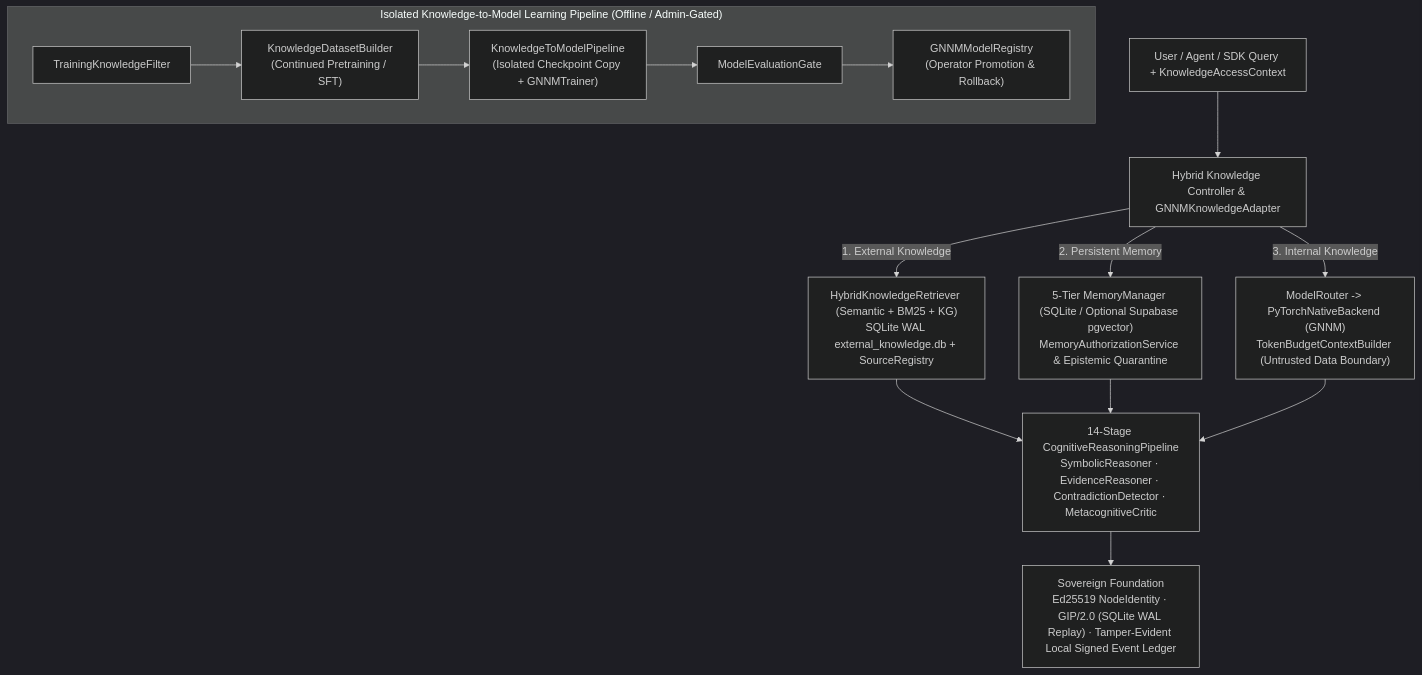
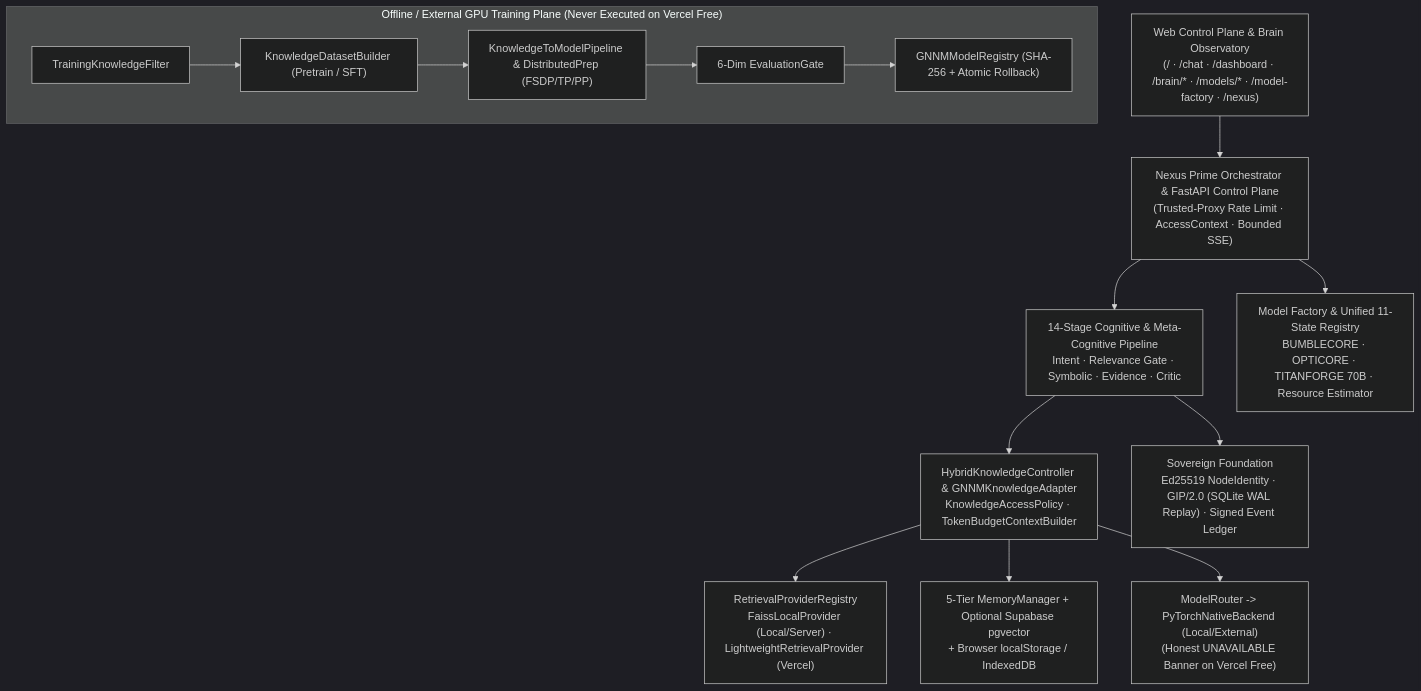
One commit to hoed/gajahmada-ai changed the first of 5 diagrams in README.md. Above: the diagram before and after it, drawn with Mermaid (dark theme). The commit also changed other lines of this file and 20 other files, not shown here.

Commit message:
update architecture and evolution

````diff
--- a/README.md
+++ b/README.md
@@ -75,18 +78,21 @@
 ```mermaid
 flowchart TD
-    Q["User / Agent / SDK Query + KnowledgeAccessContext"] --> HKC["Hybrid Knowledge Controller & GNNMKnowledgeAdapter"]
+    UI["Web Control Plane & Brain Observatory<br/>(/ · /chat · /dashboard · /brain/* · /models/* · /model-factory · /nexus)"]
+    UI --> NX["Nexus Prime Orchestrator & FastAPI Control Plane<br/>(Trusted-Proxy Rate Limit · AccessContext · Bounded SSE)"]
 
-    HKC -->|"1. External Knowledge"| EXT["HybridKnowledgeRetriever (Semantic + BM25 + KG)<br/>SQLite WAL external_knowledge.db + SourceRegistry"]
-    HKC -->|"2. Persistent Memory"| MEM["5-Tier MemoryManager (SQLite / Optional Supabase pgvector)<br/>MemoryAuthorizationService & Epistemic Quarantine"]
-    HKC -->|"3. Internal Knowledge"| INT["ModelRouter -> PyTorchNativeBackend (GNNM)<br/>TokenBudgetContextBuilder (Untrusted Data Boundary)"]
+    NX --> COG["14-Stage Cognitive & Meta-Cognitive Pipeline<br/>Intent · Relevance Gate · Symbolic · Evidence · Critic"]
+    NX --> MF["Model Factory & Unified 11-State Registry<br/>BUMBLECORE · OPTICORE · TITANFORGE 70B · Resource Estimator"]
 
-    EXT & MEM & INT --> COG["14-Stage CognitiveReasoningPipeline<br/>SymbolicReasoner · EvidenceReasoner · ContradictionDetector · MetacognitiveCritic"]
+    COG --> HKC["HybridKnowledgeController & GNNMKnowledgeAdapter<br/>KnowledgeAccessPolicy · TokenBudgetContextBuilder"]
+    HKC --> PROV["RetrievalProviderRegistry<br/>FaissLocalProvider (Local/Server) · LightweightRetrievalProvider (Vercel)"]
+    HKC --> MEM["5-Tier MemoryManager + Optional Supabase pgvector<br/>+ Browser localStorage / IndexedDB"]
+    HKC --> MR["ModelRouter -> PyTorchNativeBackend (Local/External)<br/>(Honest UNAVAILABLE Banner on Vercel Free)"]
 
-    subgraph ISOLATED["Isolated Knowledge-to-Model Learning Pipeline (Offline / Admin-Gated)"]
-        FILT["TrainingKnowledgeFilter"] --> DSB["KnowledgeDatasetBuilder<br/>(Continued Pretraining / SFT)"]
-        DSB --> TRN["KnowledgeToModelPipeline<br/>(Isolated Checkpoint Copy + GNNMTrainer)"]
-        TRN --> GATE["ModelEvaluationGate"] --> REG["GNNMModelRegistry<br/>(Operator Promotion & Rollback)"]
+    subgraph ISOLATED["Offline / External GPU Training Plane (Never Executed on Vercel Free)"]
+        FILT["TrainingKnowledgeFilter"] --> DSB["KnowledgeDatasetBuilder (Pretrain / SFT)"]
+        DSB --> TRN["KnowledgeToModelPipeline & DistributedPrep (FSDP/TP/PP)"]
+        TRN --> GATE["6-Dim EvaluationGate"] --> REG["GNNMModelRegistry (SHA-256 + Atomic Rollback)"]
     end
 
-    COG --> SEC["Sovereign Foundation<br/>Ed25519 NodeIdentity · GIP/2.0 (SQLite WAL Replay) · Tamper-Evident Local Signed Event Ledger"]
+    COG --> SEC["Sovereign Foundation<br/>Ed25519 NodeIdentity · GIP/2.0 (SQLite WAL Replay) · Signed Event Ledger"]
 ```
````
